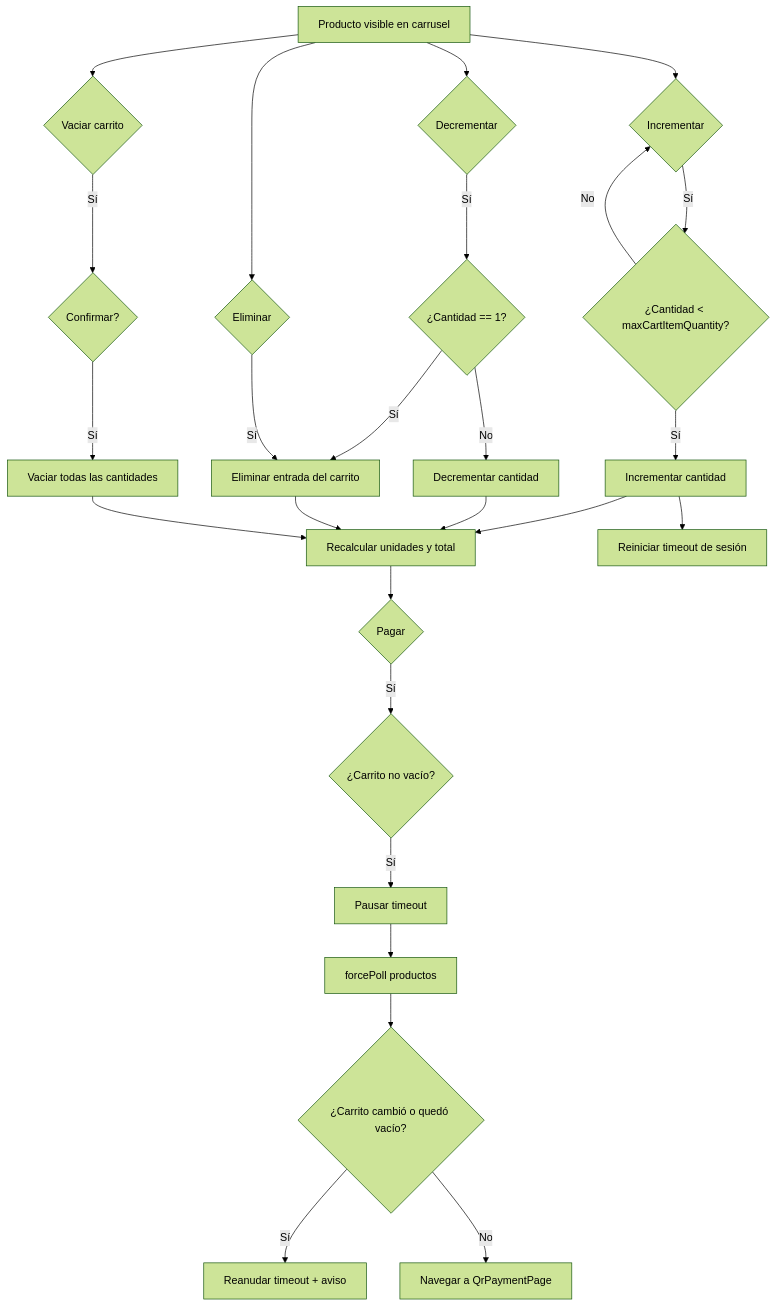
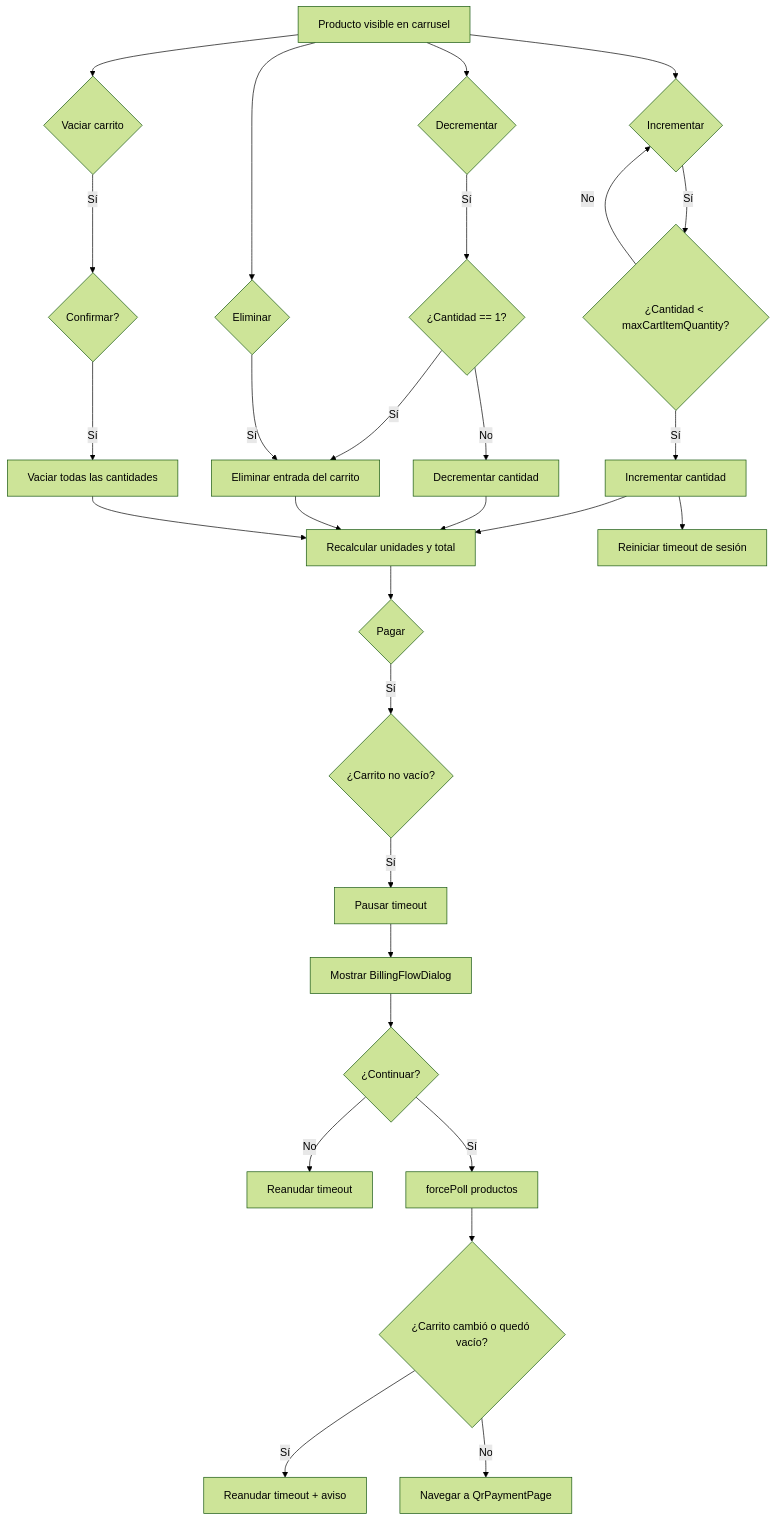
The first of 2 diagrams in docs/diagrams/10-cart-flow.md (CarlosVargas2170/mini-app-qr), drawn with Mermaid (forest theme) before and after one commit. The commit also changed 20 other files, not shown here.

````diff
--- a/docs/diagrams/10-cart-flow.md
+++ b/docs/diagrams/10-cart-flow.md
@@ -7,32 +7,35 @@
 ```mermaid
 flowchart TD
     Start[Producto visible en carrusel] --> Inc{Incrementar}
     Inc -- Sí --> Max{¿Cantidad < maxCartItemQuantity?}
     Max -- Sí --> Add[Incrementar cantidad]
     Max -- No --> Inc
     Add --> Recalc[Recalcular unidades y total]
     Add --> ResetTimer[Reiniciar timeout de sesión]
 
     Start --> Dec{Decrementar}
     Dec -- Sí --> Zero{¿Cantidad == 1?}
     Zero -- Sí --> Remove[Eliminar entrada del carrito]
     Zero -- No --> Sub[Decrementar cantidad]
     Sub --> Recalc
     Remove --> Recalc
 
     Start --> Del{Eliminar}
     Del -- Sí --> Remove
 
     Start --> Clear{Vaciar carrito}
     Clear -- Sí --> Confirm{Confirmar?}
     Confirm -- Sí --> Empty[Vaciar todas las cantidades]
     Empty --> Recalc
 
     Recalc --> Pay{Pagar}
     Pay -- Sí --> Validate{¿Carrito no vacío?}
     Validate -- Sí --> Pause[Pausar timeout]
-    Pause --> Force[forcePoll productos]
+    Pause --> Billing[Mostrar BillingFlowDialog]
+    Billing --> Continue{¿Continuar?}
+    Continue -- No --> Resume[Reanudar timeout]
+    Continue -- Sí --> Force[forcePoll productos]
     Force --> Consistent{¿Carrito cambió o quedó vacío?}
-    Consistent -- Sí --> Resume[Reanudar timeout + aviso]
+    Consistent -- Sí --> Resume2[Reanudar timeout + aviso]
     Consistent -- No --> Navigate[Navegar a QrPaymentPage]
 ```
````
